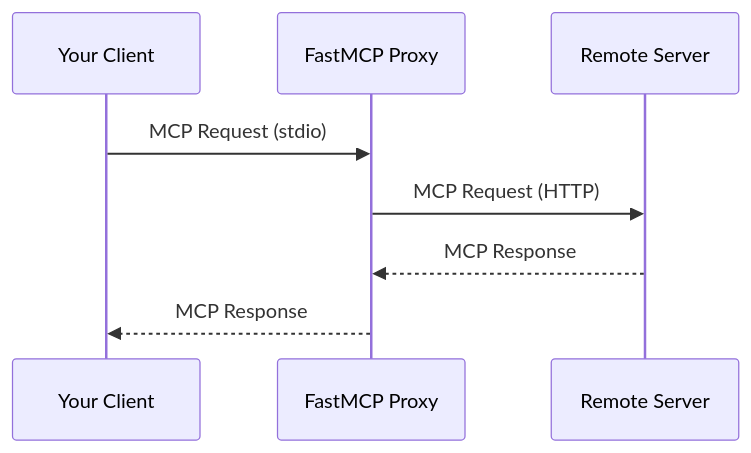
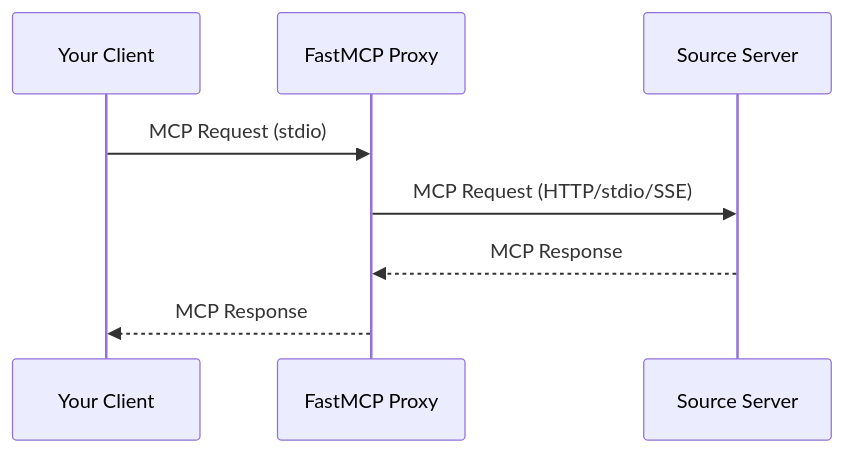
Before and after one commit to PrefectHQ/fastmcp: the diagram in docs/servers/providers/proxy.mdx, drawn with Mermaid. The commit also changed other lines of this file and 144 other files, not shown here.

````diff
--- a/docs/servers/providers/proxy.mdx
+++ b/docs/servers/providers/proxy.mdx
@@ -23,11 +23,11 @@
 ```mermaid
 sequenceDiagram
     participant Client as Your Client
     participant Proxy as FastMCP Proxy
-    participant Backend as Remote Server
+    participant Backend as Source Server
 
     Client->>Proxy: MCP Request (stdio)
-    Proxy->>Backend: MCP Request (HTTP)
+    Proxy->>Backend: MCP Request (HTTP/stdio/SSE)
     Backend-->>Proxy: MCP Response
     Proxy-->>Client: MCP Response
 ```
````
